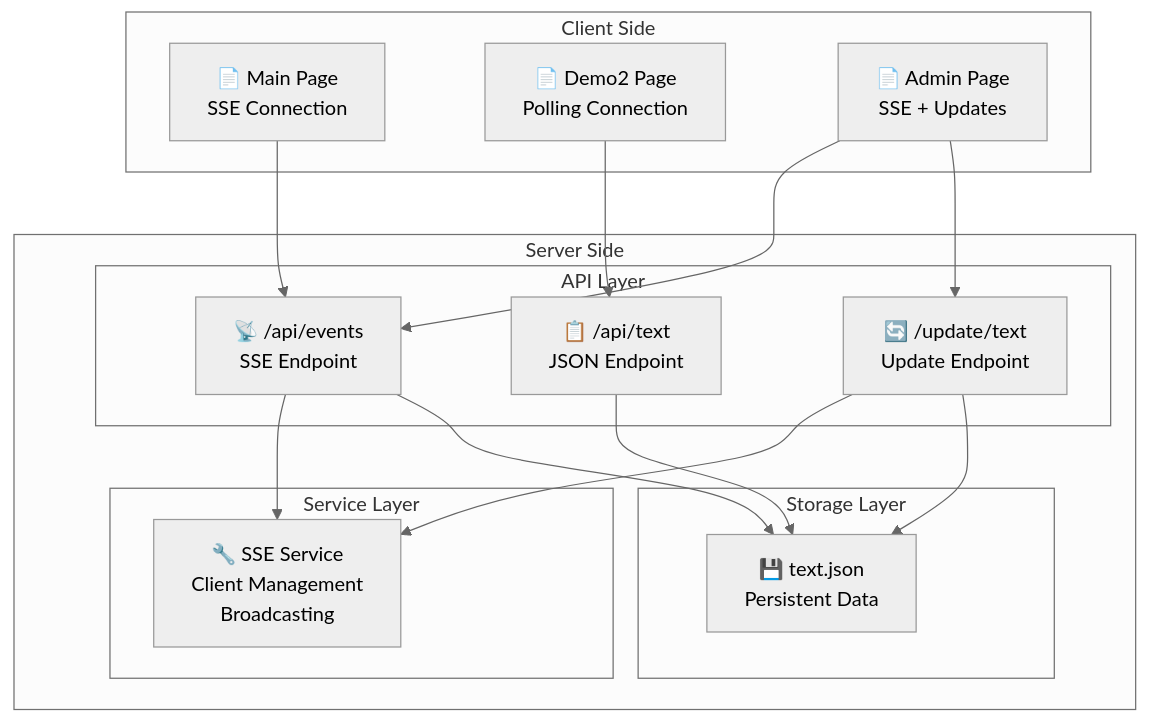
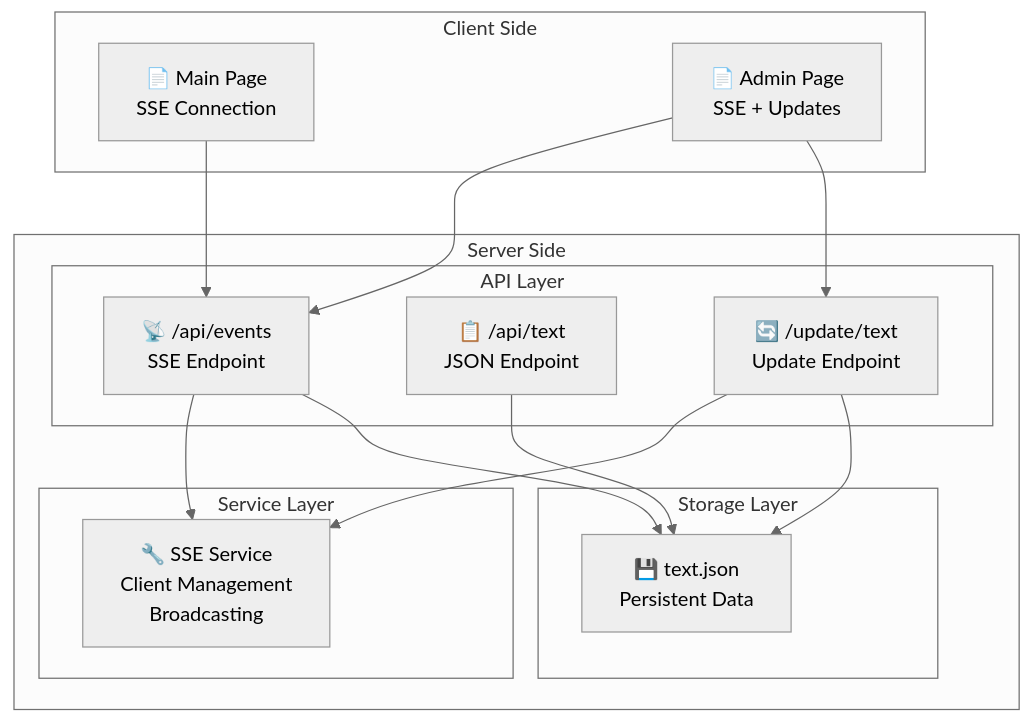
The second of 3 diagrams in README.md (krlz-dev/merapar-challenge), drawn with Mermaid (neutral theme) before and after one commit. The commit also changed other lines of this file and 3 other files, not shown here.

````diff
--- a/README.md
+++ b/README.md
@@ -76,35 +76,33 @@
 ```mermaid
 graph TB
     subgraph Client [Client Side]
         MainPage[📄 Main Page<br/>SSE Connection]
-        Demo2[📄 Demo2 Page<br/>Polling Connection]
         AdminPage[📄 Admin Page<br/>SSE + Updates]
     end
     
     subgraph Server [Server Side]
         subgraph API [API Layer]
             EventsAPI[📡 /api/events<br/>SSE Endpoint]
             TextAPI[📋 /api/text<br/>JSON Endpoint]
             UpdateAPI[🔄 /update/text<br/>Update Endpoint]
         end
         
         subgraph Service [Service Layer]
             SSEService[🔧 SSE Service<br/>Client Management<br/>Broadcasting]
         end
         
         subgraph Storage [Storage Layer]
             TextJSON[💾 text.json<br/>Persistent Data]
         end
     end
     
     MainPage --> EventsAPI
-    Demo2 --> TextAPI
     AdminPage --> EventsAPI
     AdminPage --> UpdateAPI
     
     EventsAPI --> SSEService
     UpdateAPI --> SSEService
     UpdateAPI --> TextJSON
     TextAPI --> TextJSON
     EventsAPI --> TextJSON
 ```
````
